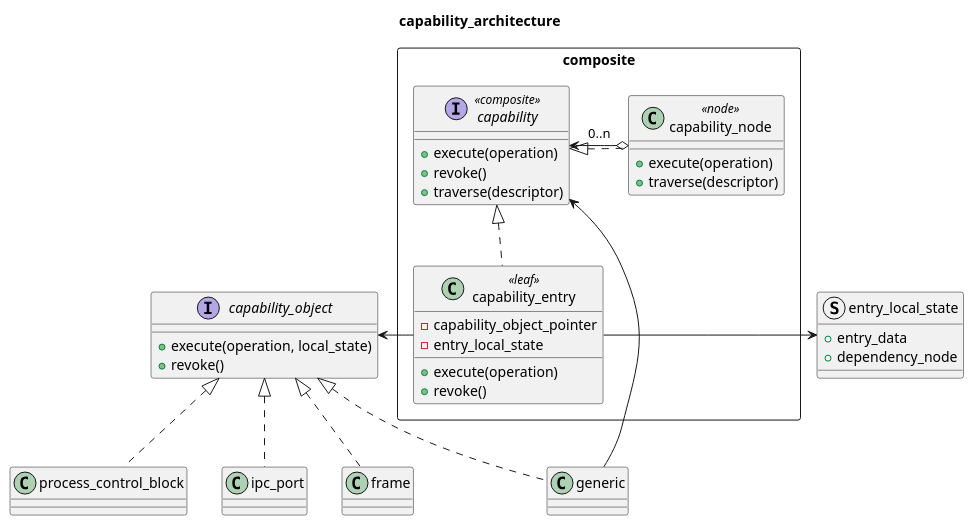
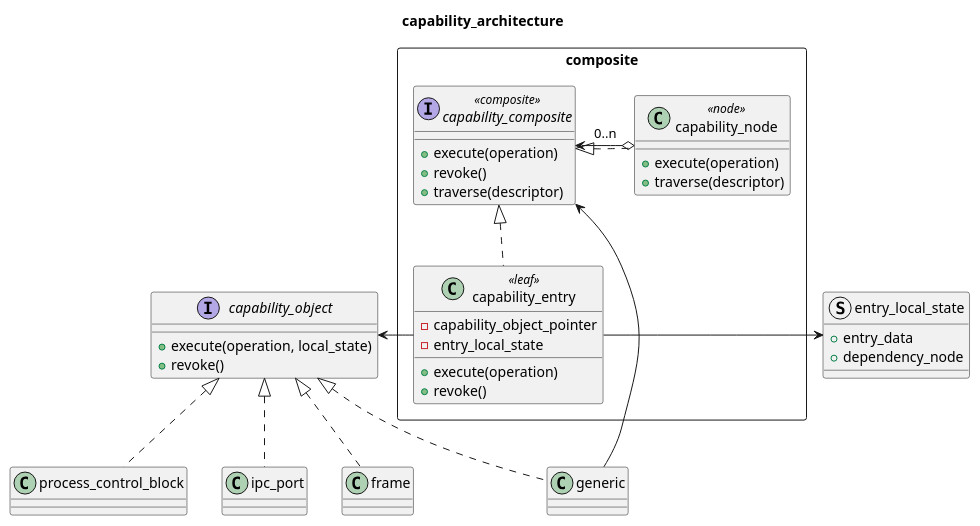
One commit to horizon2038/A9N changed the diagram in doc/design/capability/capability_system.md. Above: the diagram before and after it, drawn with PlantUML. The commit also changed other lines of this file, not shown here.

Commit message:
[clean] add unsolved problem to md

```diff
--- a/doc/design/capability/capability_system.md
+++ b/doc/design/capability/capability_system.md
@@ -3,73 +3,73 @@
 @startuml
 
 title capability_architecture
 
 rectangle composite {
 
-    interface capability <<composite>>
+    interface capability_composite <<composite>>
     {
         + execute(operation)
         + revoke()
         + traverse(descriptor)
     }
 
     class capability_entry <<leaf>>
     {
         - capability_object_pointer
         - entry_local_state
         + execute(operation)
         + revoke()
     }
 
     class capability_node <<node>>
     {
         + execute(operation)
         + traverse(descriptor)
     }
 
 }
 
 struct entry_local_state
 {
     + entry_data
     + dependency_node
 }
 
 capability_entry -> entry_local_state
 
 interface capability_object
 {
     + execute(operation, local_state)
     + revoke()
 }
 
 class generic
 {
 }
 
 class process_control_block
 {
 }
 
 class ipc_port
 {
 }
 
 class frame
 {
 }
 
-capability_node .u.|> capability
-capability_entry .u.|> capability
+capability_node .u.|> capability_composite
+capability_entry .u.|> capability_composite
 
-capability_node o-r-> capability : 0..n
+capability_node o-r-> capability_composite : 0..n
 capability_object <-r- capability_entry
 
 generic .u.|> capability_object
 process_control_block .u.|> capability_object
 ipc_port .u.|> capability_object
 frame .u.|> capability_object
 
-generic -u-> capability
+generic -u-> capability_composite
 
 @enduml
```
